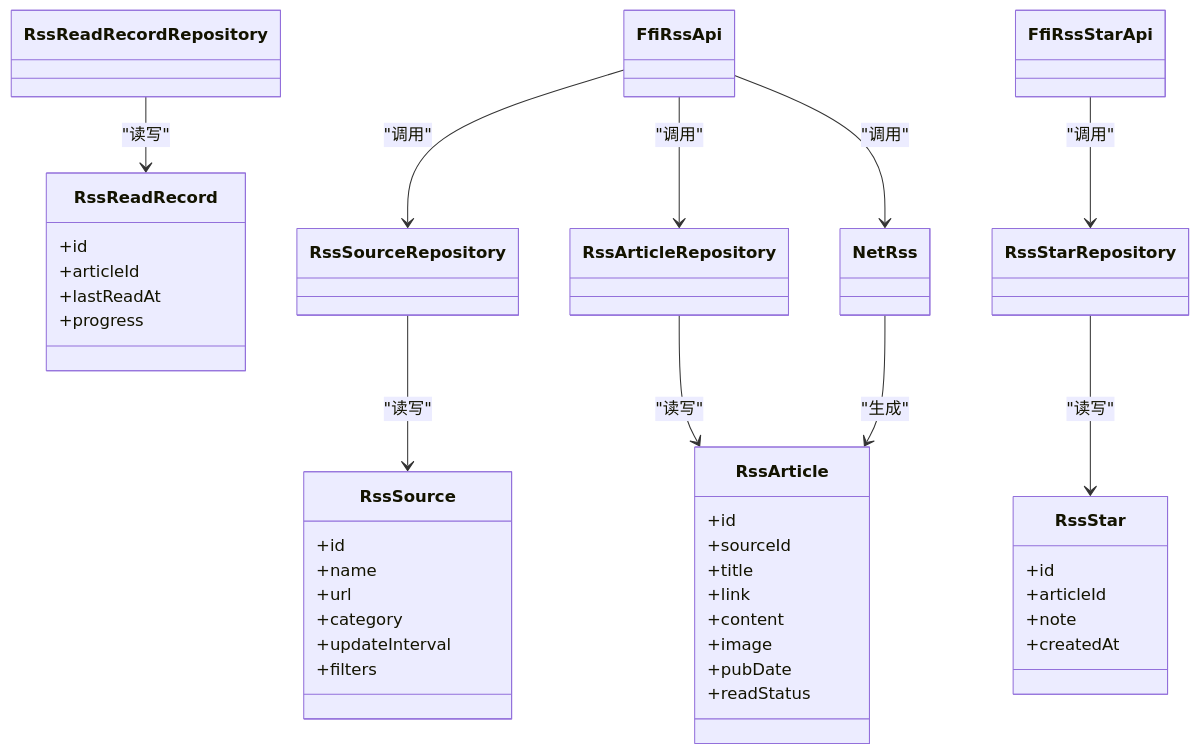
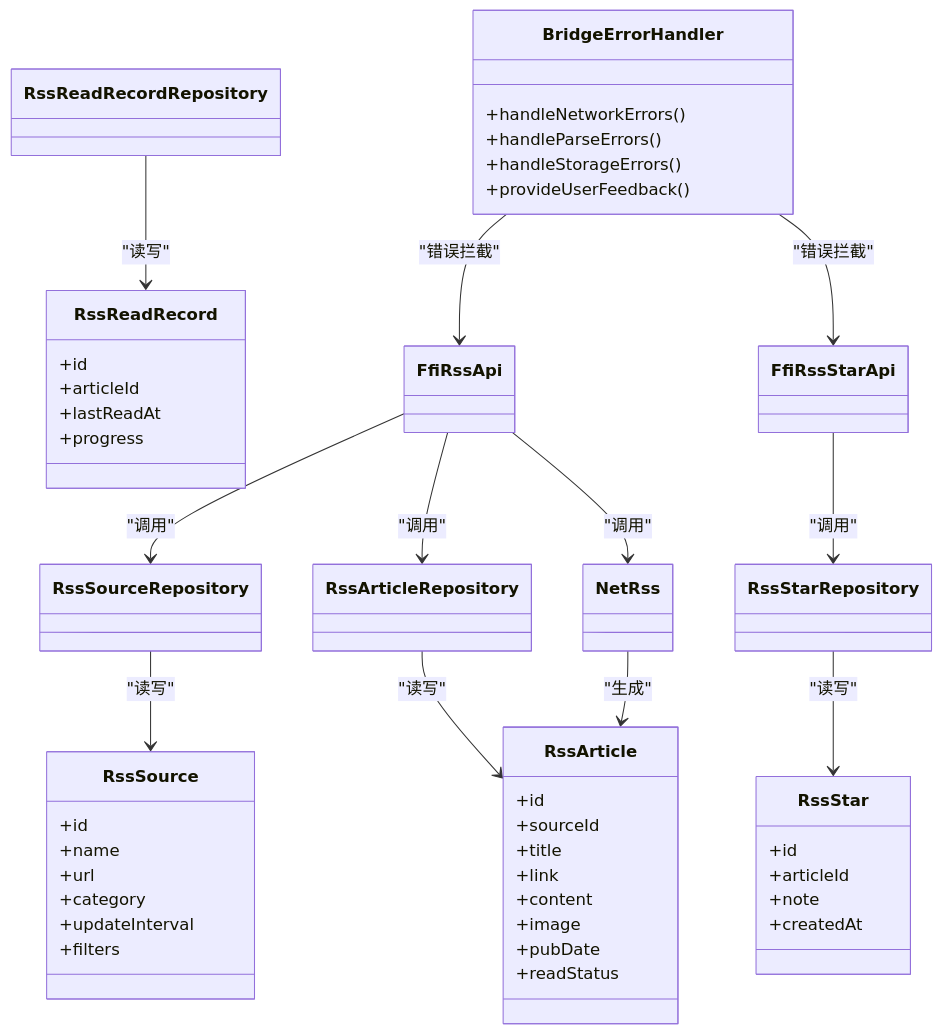
Before and after one commit to ZhangGHGitHub/LegadoTeamFlutter: the second of 5 diagrams in .qoder/repowiki/zh/content/RSS订阅系统/RSS订阅系统.md, drawn with Mermaid. The commit also changed other lines of this file and 68 other files, not shown here.

````diff
--- a/.qoder/repowiki/zh/content/RSS订阅系统/RSS订阅系统.md
+++ b/.qoder/repowiki/zh/content/RSS订阅系统/RSS订阅系统.md
@@ -137,49 +140,57 @@
 ```mermaid
 classDiagram
 class RssSource {
 +id
 +name
 +url
 +category
 +updateInterval
 +filters
 }
 class RssArticle {
 +id
 +sourceId
 +title
 +link
 +content
 +image
 +pubDate
 +readStatus
 }
 class RssStar {
 +id
 +articleId
 +note
 +createdAt
 }
 class RssReadRecord {
 +id
 +articleId
 +lastReadAt
 +progress
 }
 class RssSourceRepository
 class RssArticleRepository
 class RssStarRepository
 class RssReadRecordRepository
 class NetRss
 class FfiRssApi
 class FfiRssStarApi
+class BridgeErrorHandler {
++handleNetworkErrors()
++handleParseErrors()
++handleStorageErrors()
++provideUserFeedback()
+}
 RssSourceRepository --> RssSource : "读写"
 RssArticleRepository --> RssArticle : "读写"
 RssStarRepository --> RssStar : "读写"
 RssReadRecordRepository --> RssReadRecord : "读写"
 NetRss --> RssArticle : "生成"
 FfiRssApi --> RssSourceRepository : "调用"
 FfiRssApi --> RssArticleRepository : "调用"
 FfiRssApi --> NetRss : "调用"
 FfiRssStarApi --> RssStarRepository : "调用"
+BridgeErrorHandler --> FfiRssApi : "错误拦截"
+BridgeErrorHandler --> FfiRssStarApi : "错误拦截"
 ```
````
